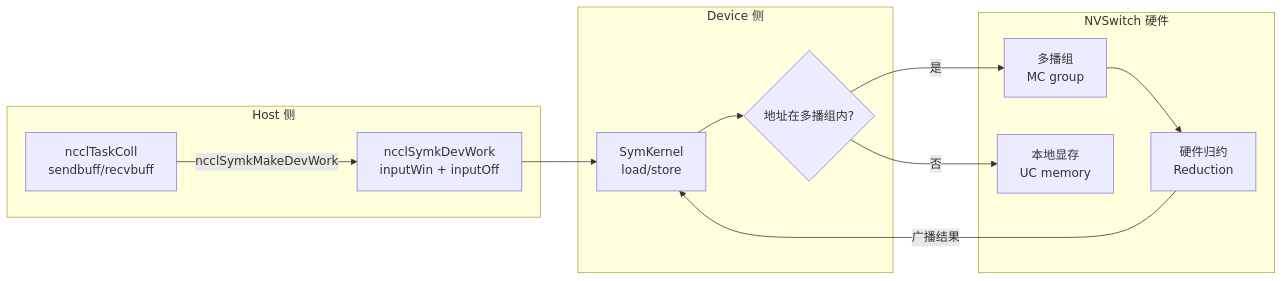
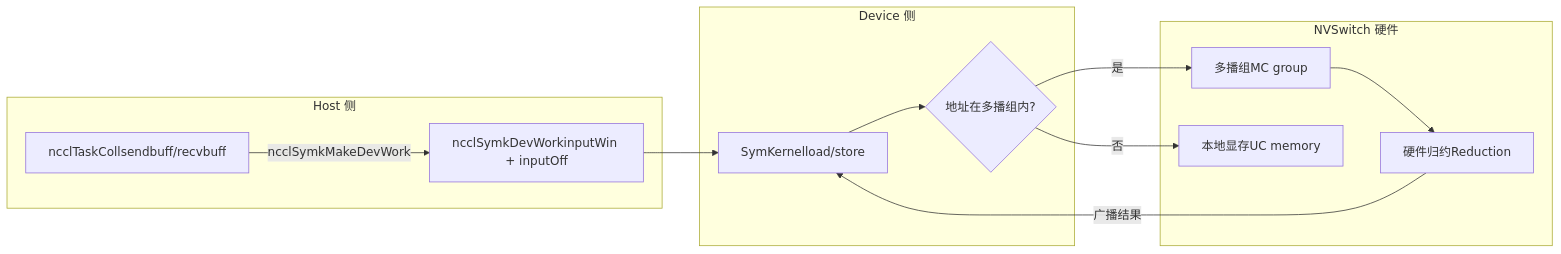
The third of 3 diagrams in books/nccl/en/14-symmetric-memory-and-nvls-multicast.md (maleRjc/AiReadCodeBooks), drawn with Mermaid before and after one commit. The commit also changed other lines of this file and 80 other files, not shown here.

````diff
--- a/books/nccl/en/14-symmetric-memory-and-nvls-multicast.md
+++ b/books/nccl/en/14-symmetric-memory-and-nvls-multicast.md
@@ -704,22 +651,22 @@
 ```mermaid
 flowchart LR
     subgraph host["Host 侧"]
-        task["ncclTaskColl<br/>sendbuff/recvbuff"]
-        devwork["ncclSymkDevWork<br/>inputWin + inputOff"]
+        task["ncclTaskCollsendbuff/recvbuff"]
+        devwork["ncclSymkDevWorkinputWin + inputOff"]
         task -->|"ncclSymkMakeDevWork"| devwork
     end
     subgraph device["Device 侧"]
-        kernel["SymKernel<br/>load/store"]
+        kernel["SymKernelload/store"]
         lsa{"地址在多播组内?"}
         devwork --> kernel
         kernel --> lsa
     end
     subgraph hw["NVSwitch 硬件"]
-        mc["多播组<br/>MC group"]
-        reduce["硬件归约<br/>Reduction"]
+        mc["多播组MC group"]
+        reduce["硬件归约Reduction"]
         lsa -->|"是"| mc
-        lsa -->|"否"| local["本地显存<br/>UC memory"]
+        lsa -->|"否"| local["本地显存UC memory"]
         mc --> reduce
         reduce -->|"广播结果"| kernel
     end
 ```
````
